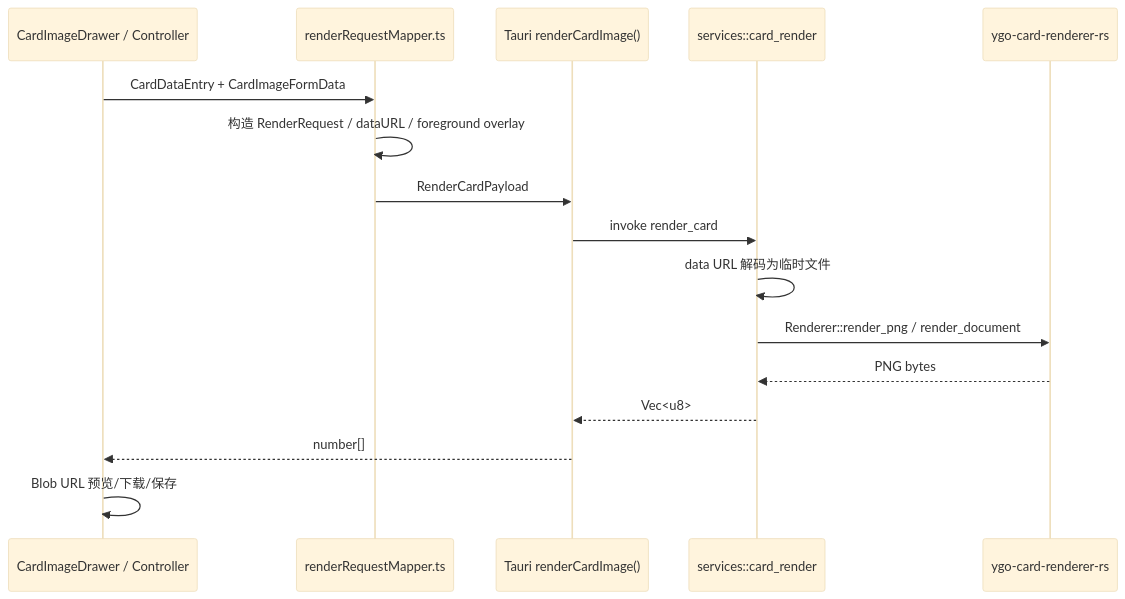
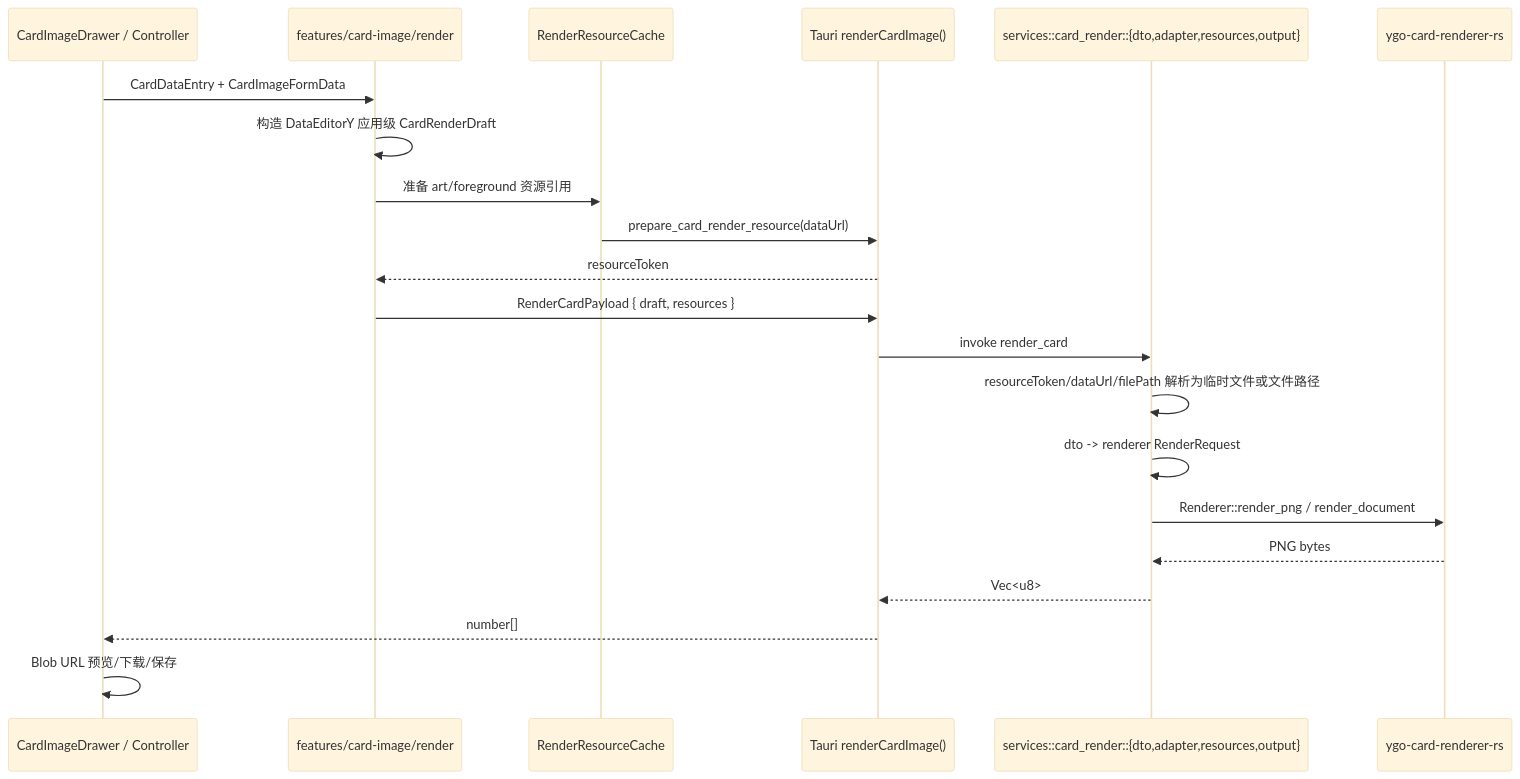
The second of 3 diagrams in docs/ARCHITECTURE.md (kkr223/DataEditorY), drawn with Mermaid (base theme) before and after one commit. The commit also changed other lines of this file and 15 other files, not shown here.

````diff
--- a/docs/ARCHITECTURE.md
+++ b/docs/ARCHITECTURE.md
@@ -176,19 +192,24 @@
 ```mermaid
 sequenceDiagram
   participant UI as CardImageDrawer / Controller
-  participant Mapper as renderRequestMapper.ts
+  participant Render as features/card-image/render
+  participant Cache as RenderResourceCache
   participant IPC as Tauri renderCardImage()
-  participant Rust as services::card_render
+  participant Rust as services::card_render::{dto,adapter,resources,output}
   participant Renderer as ygo-card-renderer-rs
 
-  UI->>Mapper: CardDataEntry + CardImageFormData
-  Mapper->>Mapper: 构造 RenderRequest / dataURL / foreground overlay
-  Mapper->>IPC: RenderCardPayload
+  UI->>Render: CardDataEntry + CardImageFormData
+  Render->>Render: 构造 DataEditorY 应用级 CardRenderDraft
+  Render->>Cache: 准备 art/foreground 资源引用
+  Cache->>IPC: prepare_card_render_resource(dataUrl)
+  IPC-->>Render: resourceToken
+  Render->>IPC: RenderCardPayload { draft, resources }
   IPC->>Rust: invoke render_card
-  Rust->>Rust: data URL 解码为临时文件
+  Rust->>Rust: resourceToken/dataUrl/filePath 解析为临时文件或文件路径
+  Rust->>Rust: dto -> renderer RenderRequest
   Rust->>Renderer: Renderer::render_png / render_document
   Renderer-->>Rust: PNG bytes
   Rust-->>IPC: Vec<u8>
   IPC-->>UI: number[]
   UI->>UI: Blob URL 预览/下载/保存
 ```
````
